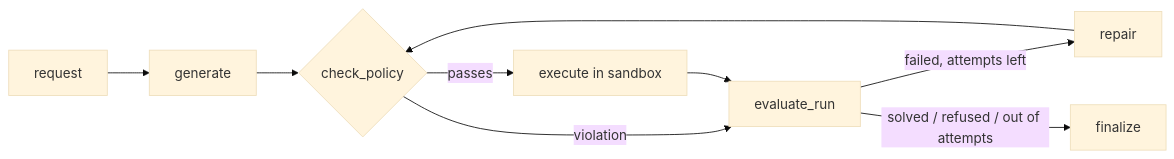
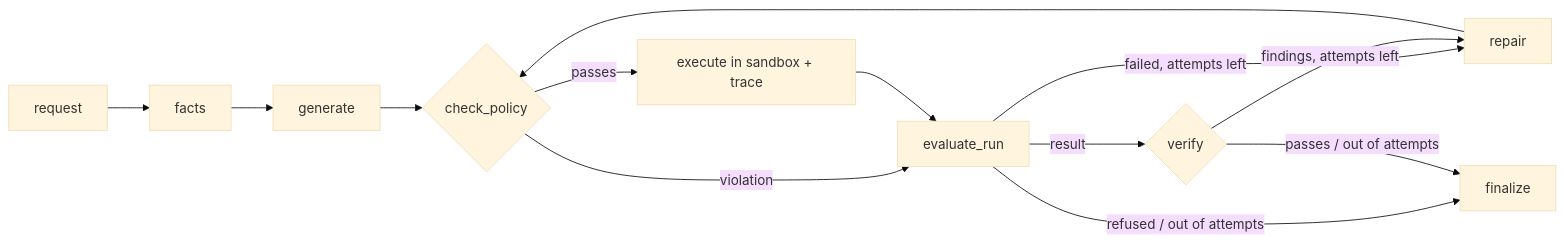
Before and after one commit to JMJJ-projects/sim-agent: the diagram in README.md, drawn with Mermaid (base theme). The commit also changed other lines of this file, not shown here.

````diff
--- a/README.md
+++ b/README.md
@@ -50,11 +61,15 @@
 ```mermaid
 flowchart LR
-    U[request] --> G[generate]
+    U[request] --> FA[facts]
+    FA --> G[generate]
     G --> P{check_policy}
-    P -- passes --> X[execute in sandbox]
+    P -- passes --> X[execute in sandbox + trace]
     P -- violation --> E[evaluate_run]
     X --> E
+    E -- result --> V{verify}
     E -- failed, attempts left --> R[repair]
+    V -- findings, attempts left --> R
     R --> P
-    E -- solved / refused / out of attempts --> F[finalize]
+    E -- refused / out of attempts --> F[finalize]
+    V -- passes / out of attempts --> F
 ```
````
